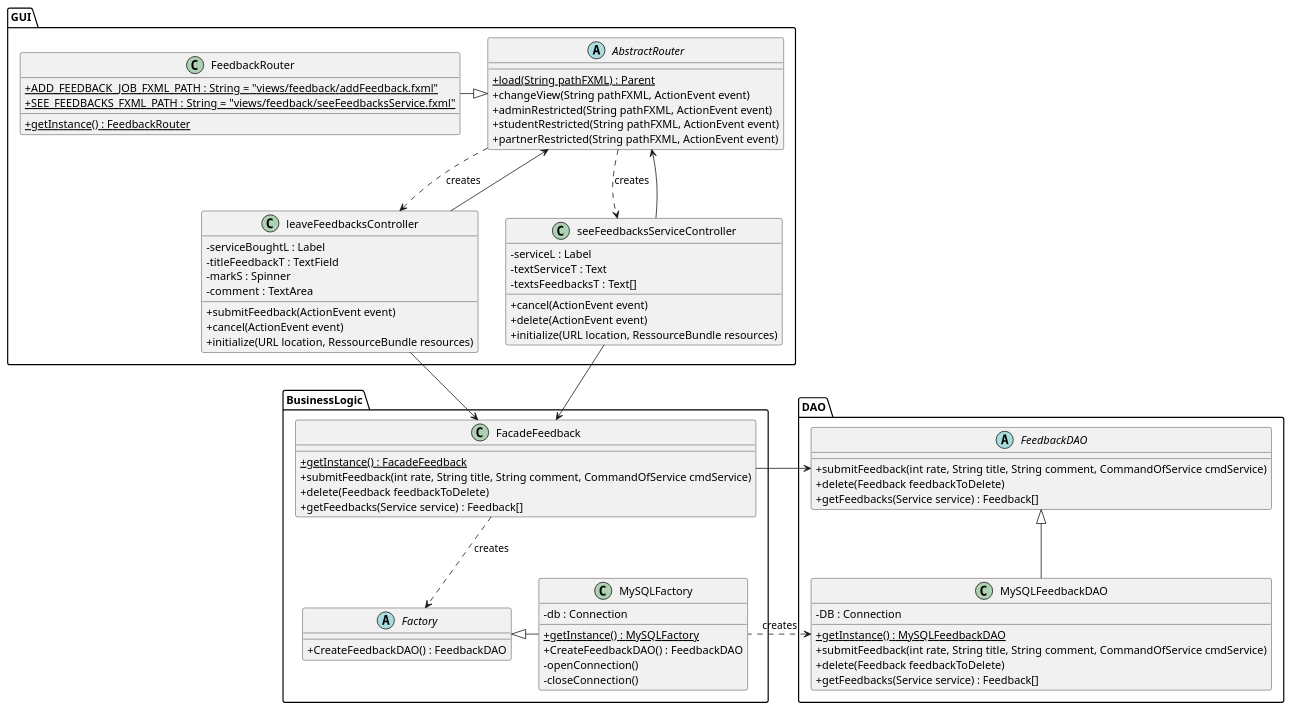
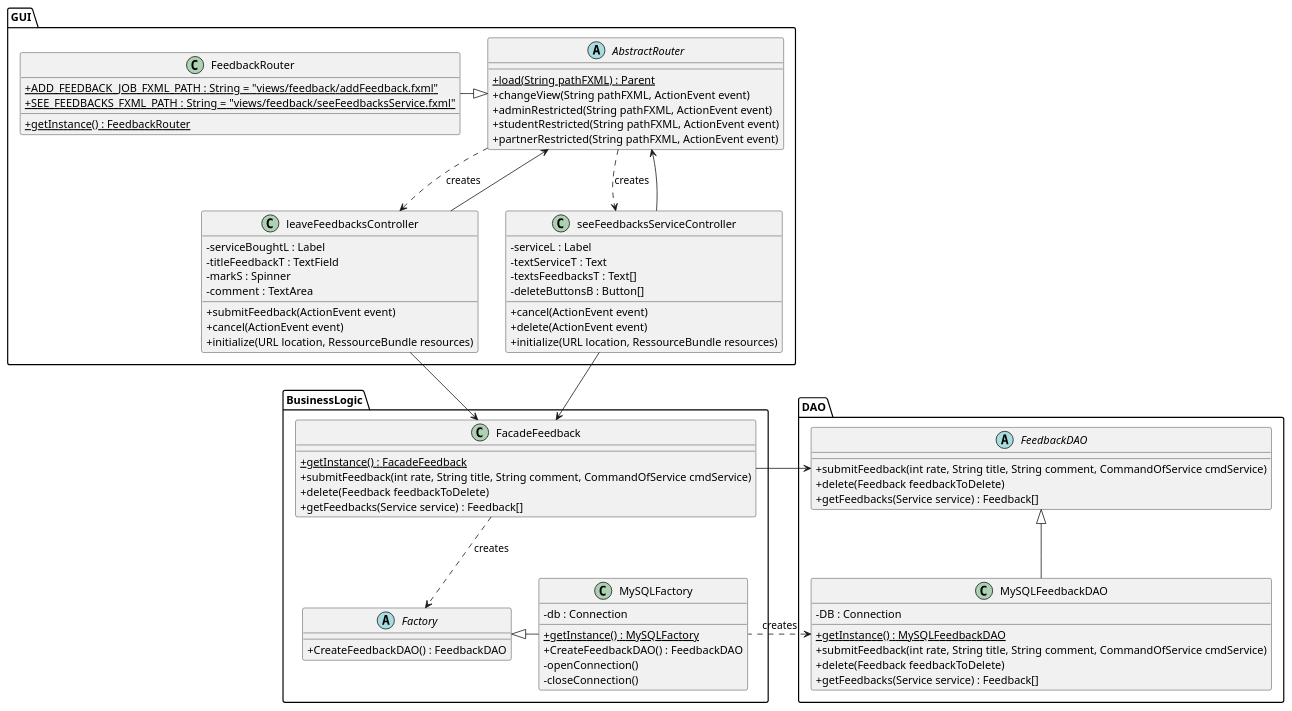
The diagram in project_diagrams/classDiagrams/feedbackManagement.puml (guiguie34/StudEasy), drawn with PlantUML before and after one commit. The commit also changed 2 other files, not shown here.

Commit message:
Fix : buttons (that will be visible/not visible during the case) added in some controller

```diff
--- a/project_diagrams/classDiagrams/feedbackManagement.puml
+++ b/project_diagrams/classDiagrams/feedbackManagement.puml
@@ -1,97 +1,98 @@
 @startuml
 skinparam classAttributeIconSize 0
 
 package GUI{
     abstract class AbstractRouter{
         + {static} load(String pathFXML) : Parent
         + changeView(String pathFXML, ActionEvent event)
         + adminRestricted(String pathFXML, ActionEvent event)
         + studentRestricted(String pathFXML, ActionEvent event)
         + partnerRestricted(String pathFXML, ActionEvent event)
     }
 
     class FeedbackRouter{
         + {static} ADD_FEEDBACK_JOB_FXML_PATH : String = "views/feedback/addFeedback.fxml"
         + {static} SEE_FEEDBACKS_FXML_PATH : String = "views/feedback/seeFeedbacksService.fxml"
         + {static} getInstance() : FeedbackRouter
 
     }
 
     class leaveFeedbacksController{
         - serviceBoughtL : Label
         - titleFeedbackT : TextField
         - markS : Spinner
         - comment : TextArea
         + submitFeedback(ActionEvent event)
         + cancel(ActionEvent event)
         + initialize(URL location, RessourceBundle resources)
     }
 
     class seeFeedbacksServiceController{
         - serviceL : Label
         - textServiceT : Text
         - textsFeedbacksT : Text[]
+        - deleteButtonsB : Button[]
         + cancel(ActionEvent event)
         + delete(ActionEvent event)
         + initialize(URL location, RessourceBundle resources)
     }
 
     FeedbackRouter -right-|> AbstractRouter
 
     leaveFeedbacksController --> AbstractRouter
     seeFeedbacksServiceController --> AbstractRouter
 
     AbstractRouter ..> leaveFeedbacksController : creates
     AbstractRouter ..> seeFeedbacksServiceController : creates
 }
 
 package BusinessLogic{
     class FacadeFeedback{
         + {static} getInstance() : FacadeFeedback
         + submitFeedback(int rate, String title, String comment, CommandOfService cmdService)
         + delete(Feedback feedbackToDelete)
         + getFeedbacks(Service service) : Feedback[]
     }
 
     abstract class Factory{
         + CreateFeedbackDAO() : FeedbackDAO
     }
 
     class MySQLFactory{
         - db : Connection
         + {static} getInstance() : MySQLFactory
         + CreateFeedbackDAO() : FeedbackDAO
         - openConnection()
         - closeConnection()
     }
 
     leaveFeedbacksController --> FacadeFeedback
     seeFeedbacksServiceController --> FacadeFeedback
 
     FacadeFeedback ..> Factory  : creates
     MySQLFactory -left-|> Factory
 }
 
 package DAO{
     abstract class FeedbackDAO{
         + submitFeedback(int rate, String title, String comment, CommandOfService cmdService)
         + delete(Feedback feedbackToDelete)
         + getFeedbacks(Service service) : Feedback[]
     }
 
     class MySQLFeedbackDAO{
         - DB : Connection
         + {static} getInstance() : MySQLFeedbackDAO
         + submitFeedback(int rate, String title, String comment, CommandOfService cmdService)
         + delete(Feedback feedbackToDelete)
         + getFeedbacks(Service service) : Feedback[]
     }
 
     MySQLFeedbackDAO -up-|> FeedbackDAO
     FeedbackDAO <-right- FacadeFeedback
 
     MySQLFeedbackDAO <.right. MySQLFactory : creates
 
 }
 
 @enduml
```
